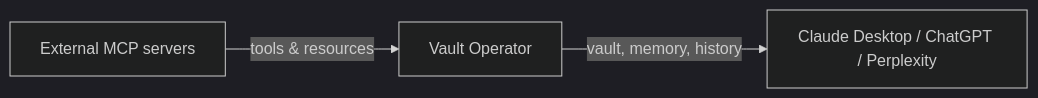
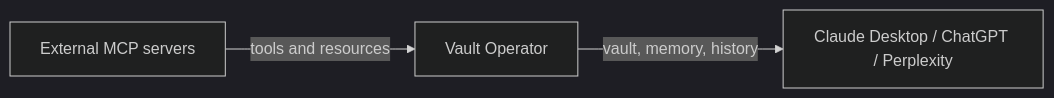
The diagram in docs/concepts/mcp-architecture.md (ivseb/vault-operator), drawn with Mermaid (dark theme) before and after one commit. The commit also changed other lines of this file and 43 other files, not shown here.

````diff
--- a/docs/concepts/mcp-architecture.md
+++ b/docs/concepts/mcp-architecture.md
@@ -12,5 +15,5 @@
 ```mermaid
 flowchart LR
-    E[External MCP servers] -->|tools & resources| O[Vault Operator]
+    E[External MCP servers] -->|tools and resources| O[Vault Operator]
     O -->|vault, memory, history| C[Claude Desktop / ChatGPT / Perplexity]
 ```
````
